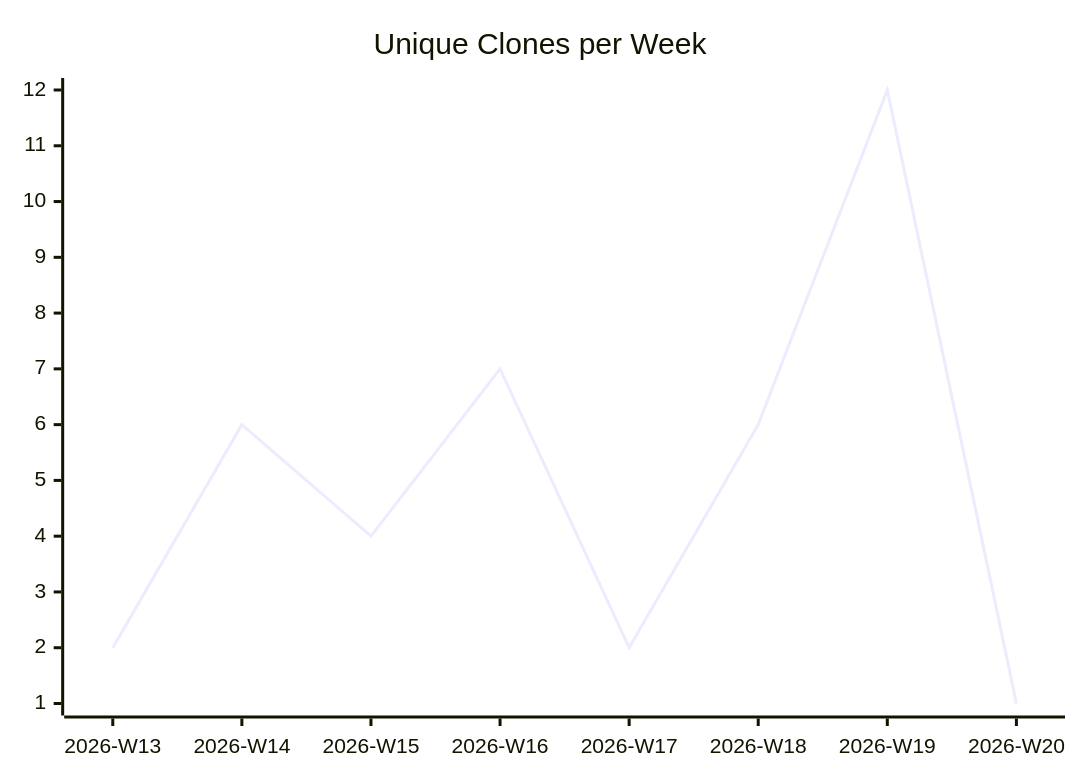
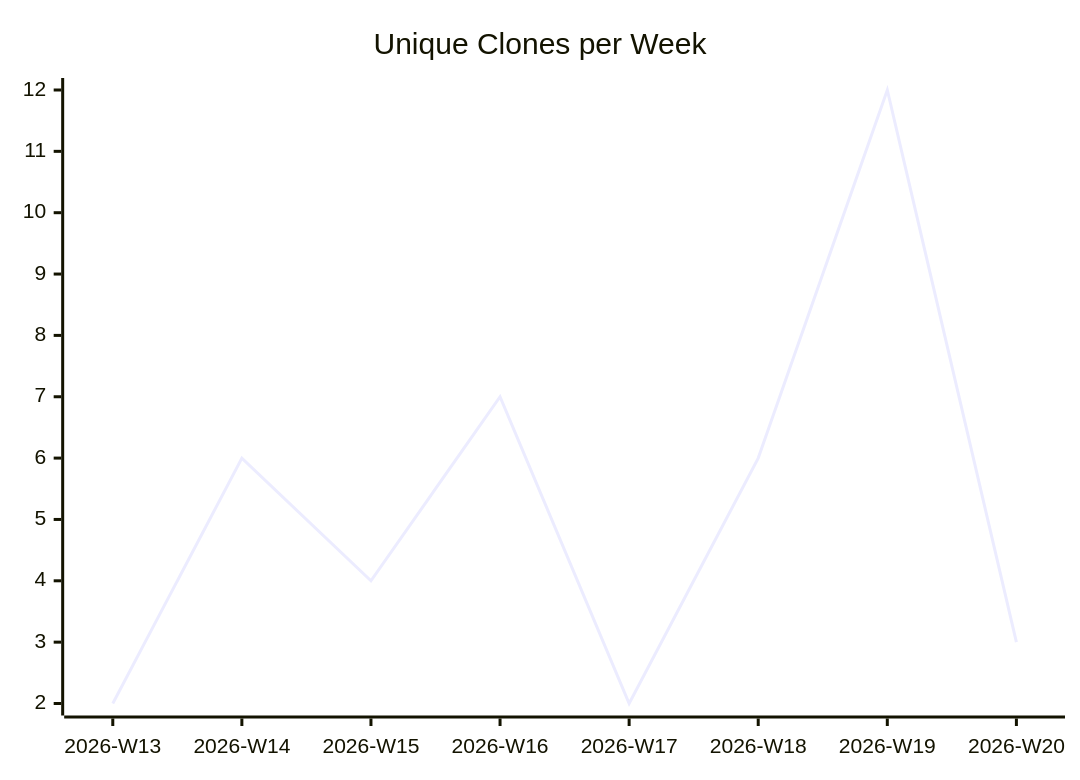
The third of 3 diagrams in karlmdavis/obsidian-operator/README.md (justdavis-family/github-analytics-data), drawn with Mermaid before and after one commit. The commit also changed other lines of this file and 190 other files, not shown here.

````diff
--- a/karlmdavis/obsidian-operator/README.md
+++ b/karlmdavis/obsidian-operator/README.md
@@ -19,6 +19,6 @@
 ```mermaid
 xychart-beta
   title "Unique Clones per Week"
   x-axis ["2026-W13", "2026-W14", "2026-W15", "2026-W16", "2026-W17", "2026-W18", "2026-W19", "2026-W20"]
-  line [2, 6, 4, 7, 2, 6, 12, 1]
+  line [2, 6, 4, 7, 2, 6, 12, 3]
 ```
````
